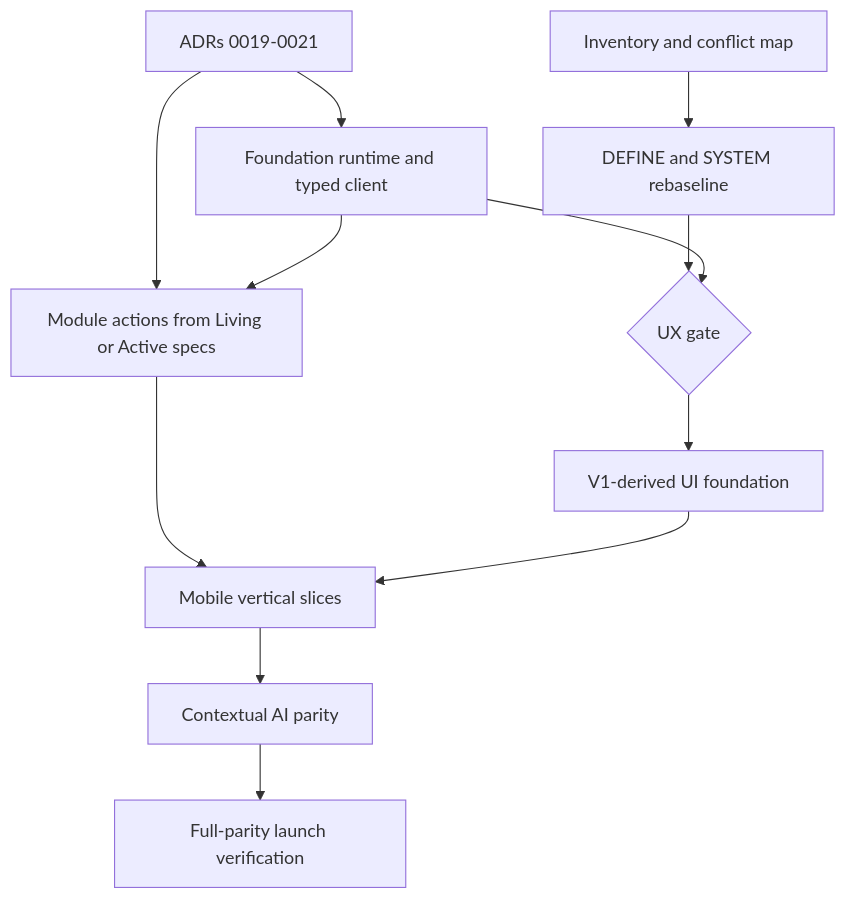
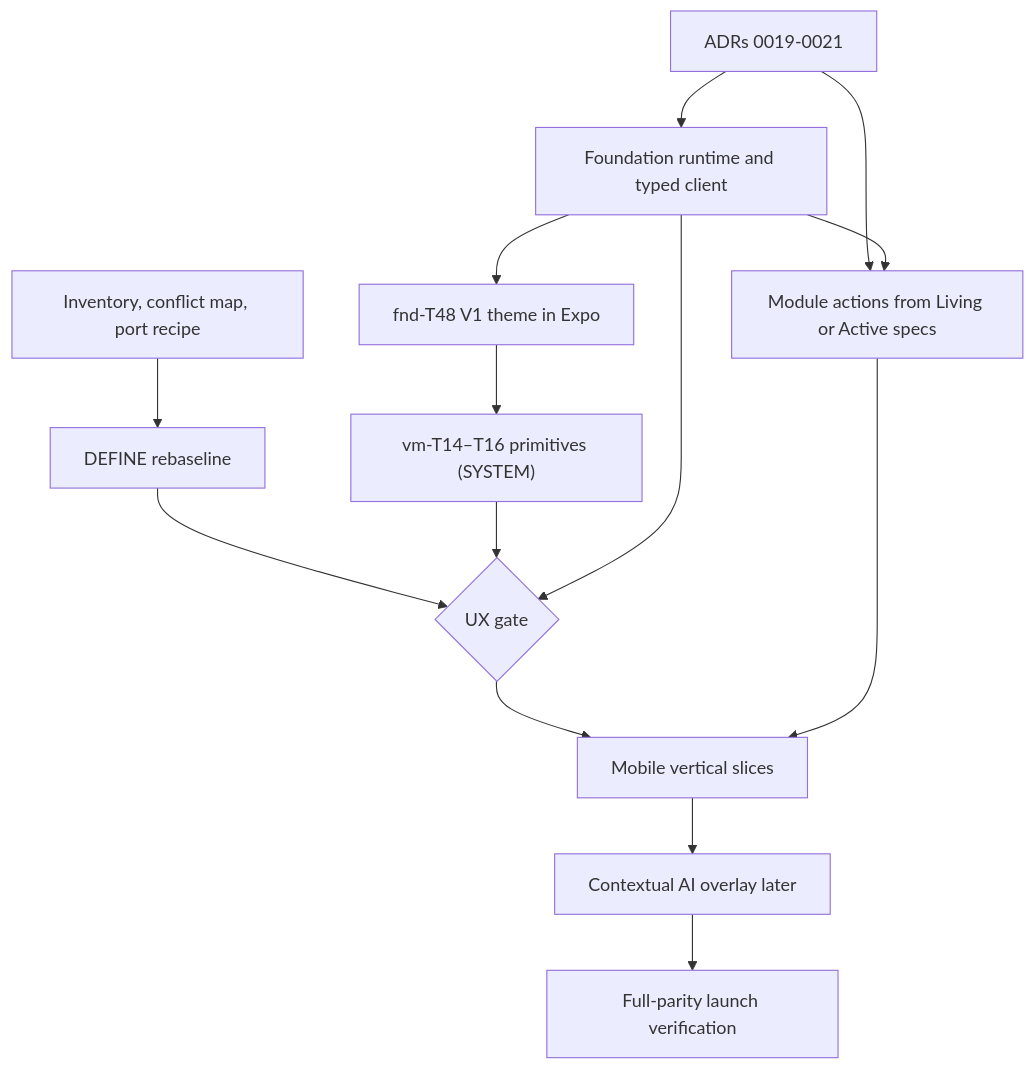
One commit to KurbatovIvann/showzy-v2 changed the diagram in docs/plans/v1-mobile-ux-migration.md. Above: the diagram before and after it, drawn with Mermaid. The commit also changed other lines of this file and 14 other files, not shown here.

First line of the commit message:
docs: port V1 mobile from code, not Figma

````diff
--- a/docs/plans/v1-mobile-ux-migration.md
+++ b/docs/plans/v1-mobile-ux-migration.md
@@ -32,14 +34,16 @@
 ```mermaid
 flowchart TD
   Decisions["ADRs 0019-0021"] --> Foundation["Foundation runtime and typed client"]
   Decisions --> Backend["Module actions from Living or Active specs"]
-  Inventory["Inventory and conflict map"] --> UX["DEFINE and SYSTEM rebaseline"]
+  Inventory["Inventory, conflict map, port recipe"] --> DEFINE["DEFINE rebaseline"]
   Foundation --> Backend
-  UX --> Gate{"UX gate"}
+  Foundation --> Theme["fnd-T48 V1 theme in Expo"]
+  Theme --> System["vm-T14–T16 primitives (SYSTEM)"]
+  DEFINE --> Gate{"UX gate"}
+  System --> Gate
   Foundation --> Gate
-  Gate --> UIFoundation["V1-derived UI foundation"]
-  Backend --> VerticalSlices["Mobile vertical slices"]
-  UIFoundation --> VerticalSlices
-  VerticalSlices --> AI["Contextual AI parity"]
+  Gate --> VerticalSlices["Mobile vertical slices"]
+  Backend --> VerticalSlices
+  VerticalSlices --> AI["Contextual AI overlay later"]
   AI --> Launch["Full-parity launch verification"]
 ```
````
